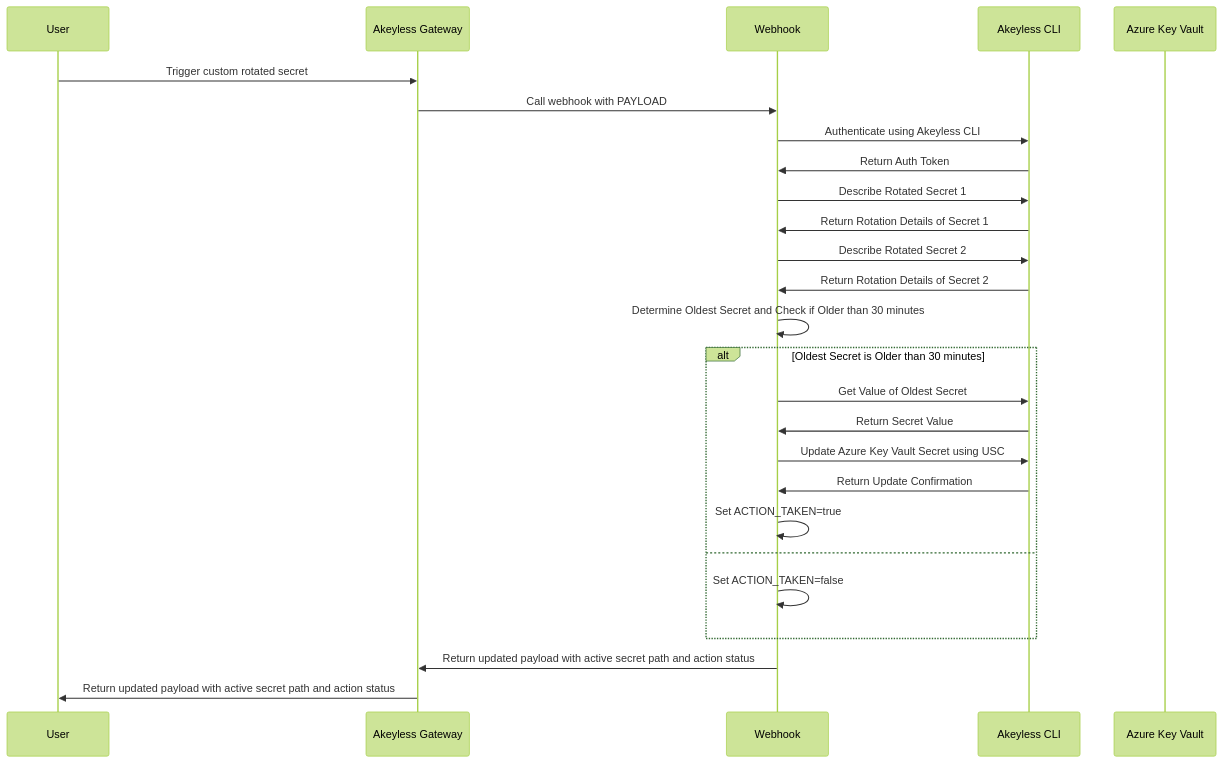
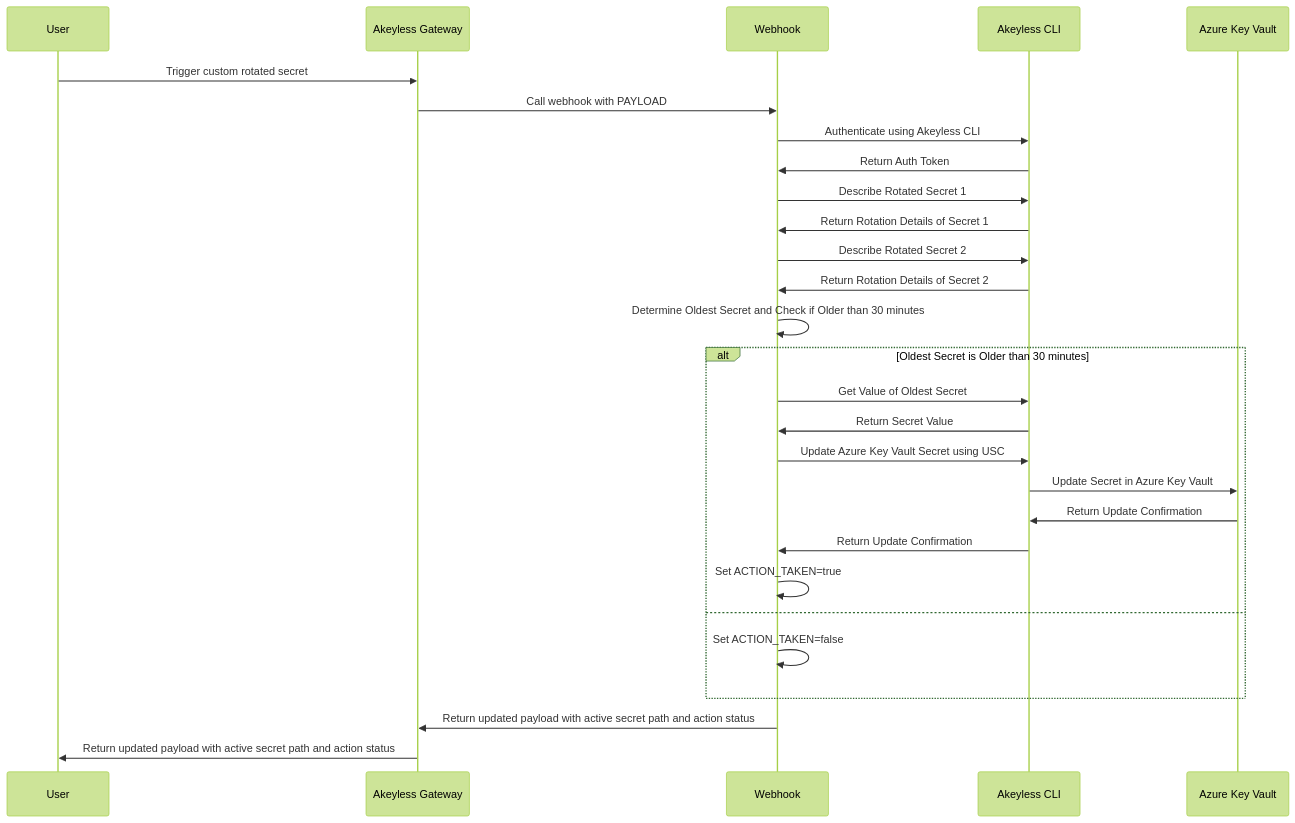
One commit to akeyless-community/akeyless-custom-server-kustomize-patches changed the diagram in example-scripts/legacy-azure-key-vault-svc-principal-rotation/README.md. Above: the diagram before and after it, drawn with Mermaid (forest theme).

Commit message:
clarify the legacy azure docs

````diff
--- a/example-scripts/legacy-azure-key-vault-svc-principal-rotation/README.md
+++ b/example-scripts/legacy-azure-key-vault-svc-principal-rotation/README.md
@@ -21,36 +21,38 @@
 ```mermaid
 sequenceDiagram
     participant User as User
     participant GW as Akeyless Gateway
     participant Webhook as Webhook
     participant Akeyless as Akeyless CLI
     participant AzureKV as Azure Key Vault
 
     User->>GW: Trigger custom rotated secret
     GW->>Webhook: Call webhook with PAYLOAD
 
     Webhook->>Akeyless: Authenticate using Akeyless CLI
     Akeyless->>Webhook: Return Auth Token
 
     Webhook->>Akeyless: Describe Rotated Secret 1
     Akeyless->>Webhook: Return Rotation Details of Secret 1
 
     Webhook->>Akeyless: Describe Rotated Secret 2
     Akeyless->>Webhook: Return Rotation Details of Secret 2
 
     Webhook->>Webhook: Determine Oldest Secret and Check if Older than 30 minutes
 
     alt Oldest Secret is Older than 30 minutes
         Webhook->>Akeyless: Get Value of Oldest Secret
         Akeyless->>Webhook: Return Secret Value
 
         Webhook->>Akeyless: Update Azure Key Vault Secret using USC
+        Akeyless->>AzureKV: Update Secret in Azure Key Vault
+        AzureKV->>Akeyless: Return Update Confirmation
         Akeyless->>Webhook: Return Update Confirmation
         Webhook->>Webhook: Set ACTION_TAKEN=true
     else
         Webhook->>Webhook: Set ACTION_TAKEN=false
     end
 
     Webhook->>GW: Return updated payload with active secret path and action status
     GW->>User: Return updated payload with active secret path and action status
 ```
````
